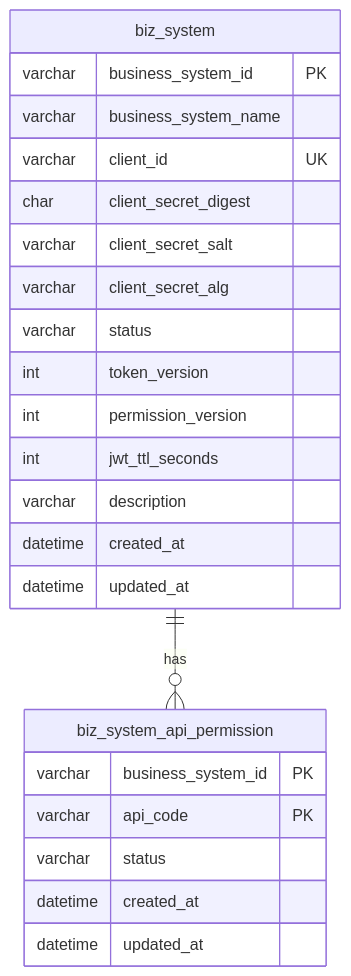
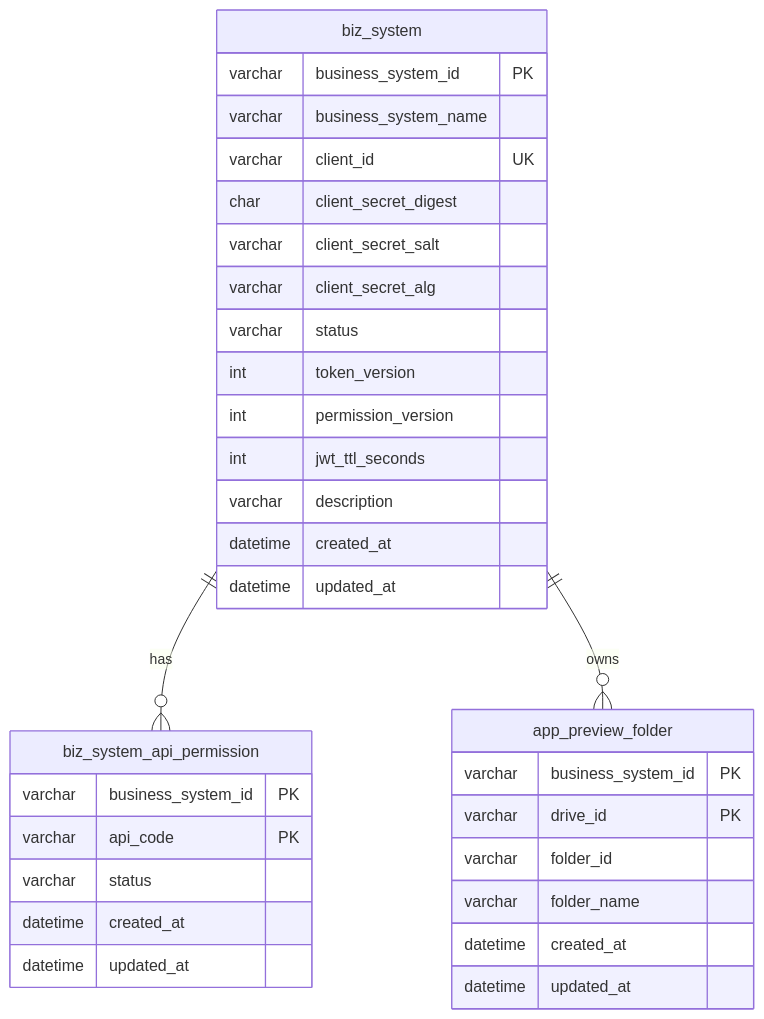
Before and after one commit to a1351995160/yungateway-minimal-token-wps: the diagram in docs/database-design.zh-CN.md, drawn with Mermaid. The commit also changed other lines of this file and 116 other files, not shown here.

First line of the commit message:
feat: support WPS user auth and app preview upload

````diff
--- a/docs/database-design.zh-CN.md
+++ b/docs/database-design.zh-CN.md
@@ -15,28 +15,38 @@
 ```mermaid
 erDiagram
     biz_system ||--o{ biz_system_api_permission : has
+    biz_system ||--o{ app_preview_folder : owns
 
     biz_system {
         varchar business_system_id PK
         varchar business_system_name
         varchar client_id UK
         char client_secret_digest
         varchar client_secret_salt
         varchar client_secret_alg
         varchar status
         int token_version
         int permission_version
         int jwt_ttl_seconds
         varchar description
         datetime created_at
         datetime updated_at
     }
 
     biz_system_api_permission {
         varchar business_system_id PK
         varchar api_code PK
         varchar status
         datetime created_at
         datetime updated_at
     }
+
+    app_preview_folder {
+        varchar business_system_id PK
+        varchar drive_id PK
+        varchar folder_id
+        varchar folder_name
+        datetime created_at
+        datetime updated_at
+    }
 ```
````
